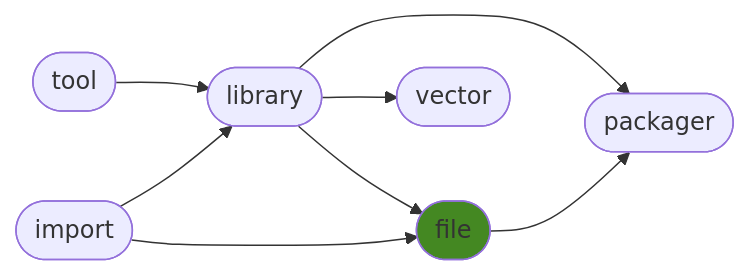
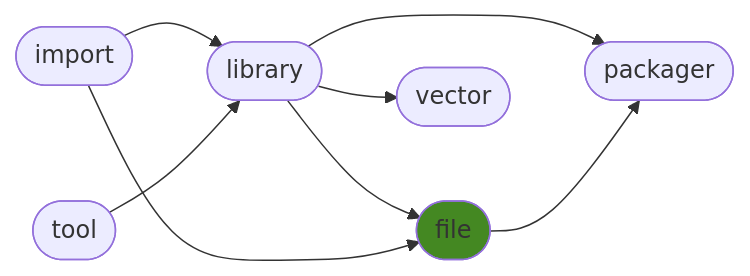
Before and after one commit to ManderaGeneral/generalfile: the diagram in README.md, drawn with Mermaid. The commit also changed other lines of this file, not shown here.

````diff
--- a/README.md
+++ b/README.md
@@ -24,17 +24,17 @@
 ```mermaid
 flowchart LR
 2([library]) --> 5([packager])
+0([import]) --> 2([library])
 2([library]) --> 3([file])
+3([file]) --> 5([packager])
+2([library]) --> 4([vector])
+1([tool]) --> 2([library])
 0([import]) --> 3([file])
-2([library]) --> 4([vector])
-3([file]) --> 5([packager])
-1([tool]) --> 2([library])
-0([import]) --> 2([library])
 click 0 "https://github.com/ManderaGeneral/generalimport"
 click 1 "https://github.com/ManderaGeneral/generaltool"
 click 2 "https://github.com/ManderaGeneral/generallibrary"
 click 3 "https://github.com/ManderaGeneral/generalfile"
 click 4 "https://github.com/ManderaGeneral/generalvector"
 click 5 "https://github.com/ManderaGeneral/generalpackager"
 style 3 fill:#482
 ```
````
